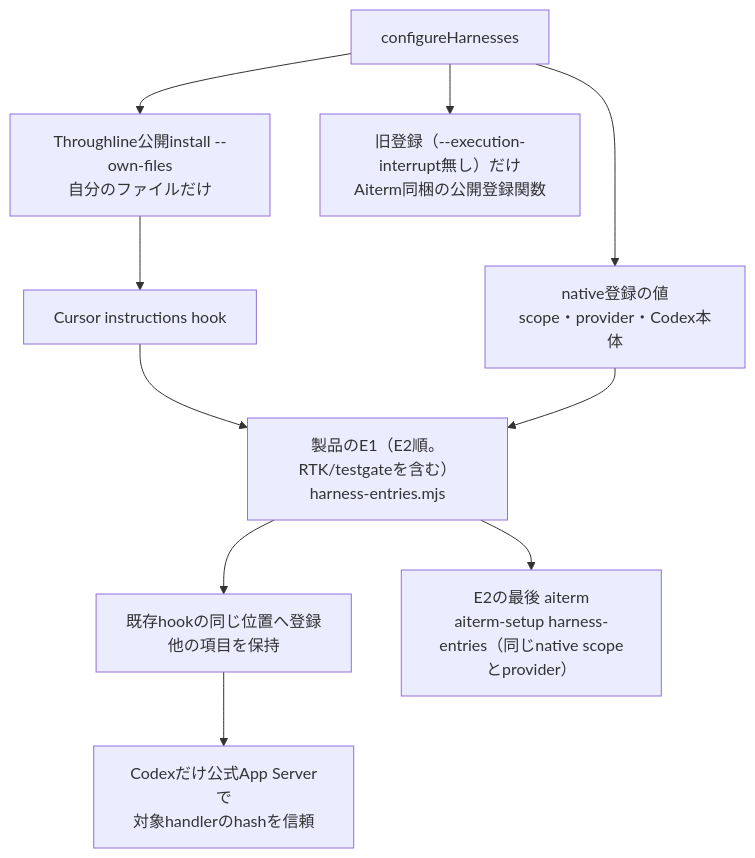
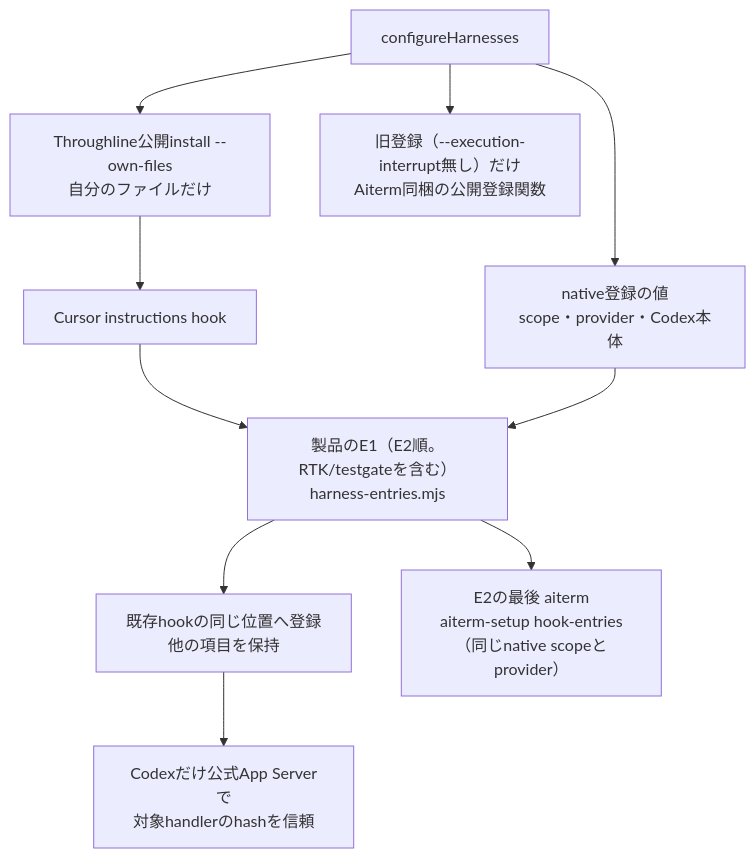
The third of 5 diagrams in docs/architecture/modules/runtime/cli-registration.md (kitepon/BellTeam), drawn with Mermaid before and after one commit. The commit also changed other lines of this file, not shown here.

Commit message:
runtime doc: aiterm-setup hook-entries, as the code runs it (3 stale lines)

````diff
--- a/docs/architecture/modules/runtime/cli-registration.md
+++ b/docs/architecture/modules/runtime/cli-registration.md
@@ -75,12 +75,12 @@
 ```mermaid
 flowchart TD
   Config["configureHarnesses"] --> Throughline["Throughline公開install --own-files<br/>自分のファイルだけ"]
   Throughline --> Cursor["Cursor instructions hook"]
   Cursor --> Products["製品のE1（E2順。RTK/testgateを含む）<br/>harness-entries.mjs"]
   Products --> Merge["既存hookの同じ位置へ登録<br/>他の項目を保持"]
   Merge --> Trust["Codexだけ公式App Serverで<br/>対象handlerのhashを信頼"]
   Config --> Vars["native登録の値<br/>scope・provider・Codex本体"]
   Vars --> Products
-  Products --> AitermE1["E2の最後 aiterm<br/>aiterm-setup harness-entries（同じnative scopeとprovider）"]
+  Products --> AitermE1["E2の最後 aiterm<br/>aiterm-setup hook-entries（同じnative scopeとprovider）"]
   Config --> Legacy["旧登録（--execution-interrupt無し）だけ<br/>Aiterm同梱の公開登録関数"]
 ```
````
